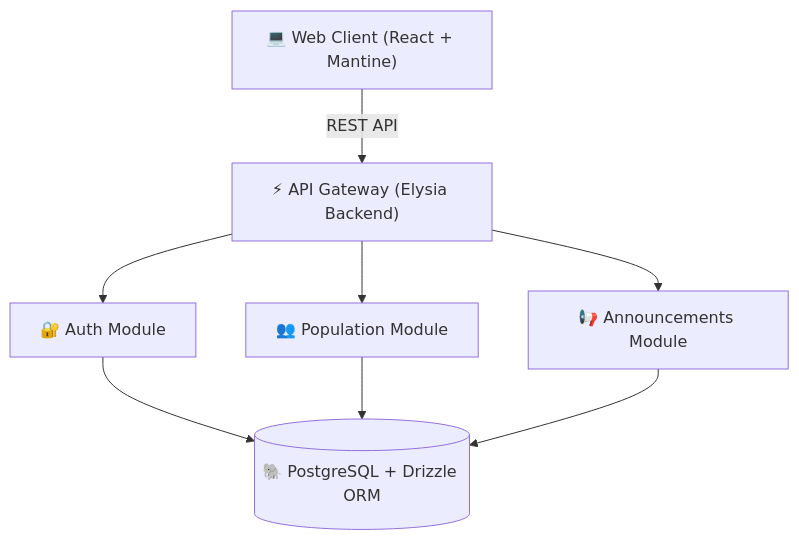
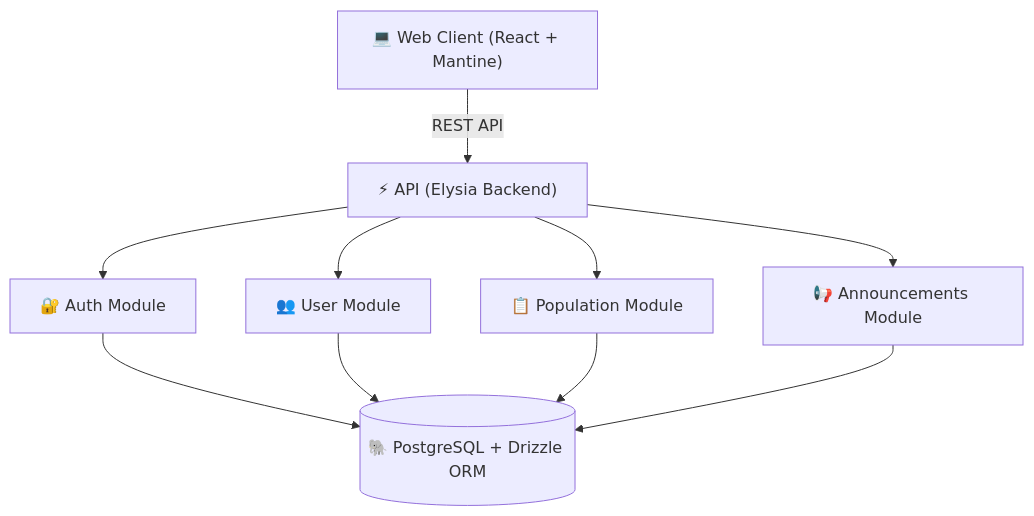
The diagram in README.md (FakhriF/civic-os), drawn with Mermaid before and after one commit. The commit also changed other lines of this file and 3 other files, not shown here.

````diff
--- a/README.md
+++ b/README.md
@@ -12,17 +12,20 @@
 ```mermaid
 graph TD
     Client["💻 Web Client (React + Mantine)"]
-    API["⚡ API Gateway (Elysia Backend)"]
+    API["⚡ API (Elysia Backend)"]
     Auth["🔐 Auth Module"]
-    Pop["👥 Population Module"]
+    Users["👥 User Module"]
+    Pop["📋 Population Module"]
     Ann["📢 Announcements Module"]
     DB[("🐘 PostgreSQL + Drizzle ORM")]
 
     Client -->|REST API| API
     API --> Auth
+    API --> Users
     API --> Pop
     API --> Ann
     Auth --> DB
+    Users --> DB
     Pop --> DB
     Ann --> DB
 ```
````
